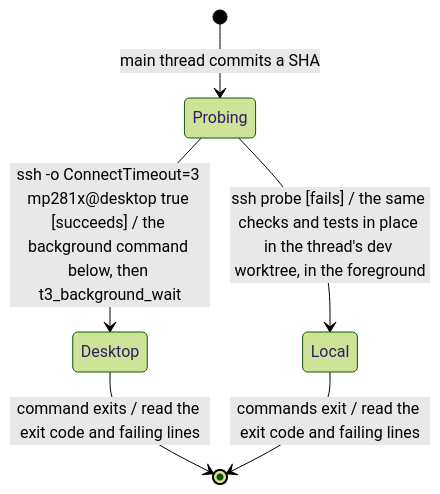
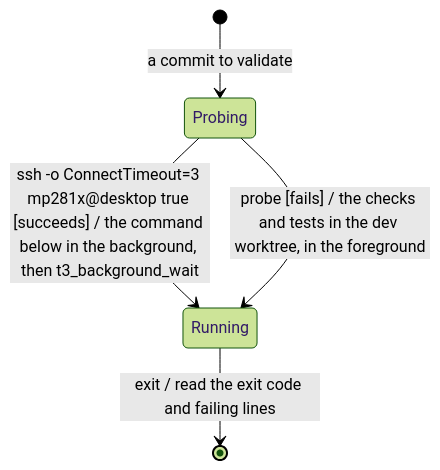
Before and after one commit to MP281X/deslop: the second of 3 diagrams in .claude/skills/verification/SKILL.md, drawn with Mermaid (forest theme). The commit also changed other lines of this file and 8 other files, not shown here.

Commit message:
Diagrams replace the prose that restated them; settled PRs go ready on green CI; a failed Opus rerun goes to the user; worker setup is a diagram

````diff
--- a/.claude/skills/verification/SKILL.md
+++ b/.claude/skills/verification/SKILL.md
@@ -26,8 +26,7 @@
 ```mermaid
 stateDiagram-v2
-    [*] --> Probing : main thread commits a SHA
-    Probing --> Desktop : ssh -o ConnectTimeout=3 mp281x@desktop true [succeeds] / the background command below, then t3_background_wait
-    Probing --> Local : ssh probe [fails] / the same checks and tests in place in the thread's dev worktree, in the foreground
-    Desktop --> [*] : command exits / read the exit code and failing lines
-    Local --> [*] : commands exit / read the exit code and failing lines
+    [*] --> Probing : a commit to validate
+    Probing --> Running : ssh -o ConnectTimeout=3 mp281x@desktop true [succeeds] / the command below in the background, then t3_background_wait
+    Probing --> Running : probe [fails] / the checks and tests in the dev worktree, in the foreground
+    Running --> [*] : exit / read the exit code and failing lines
 ```
````
